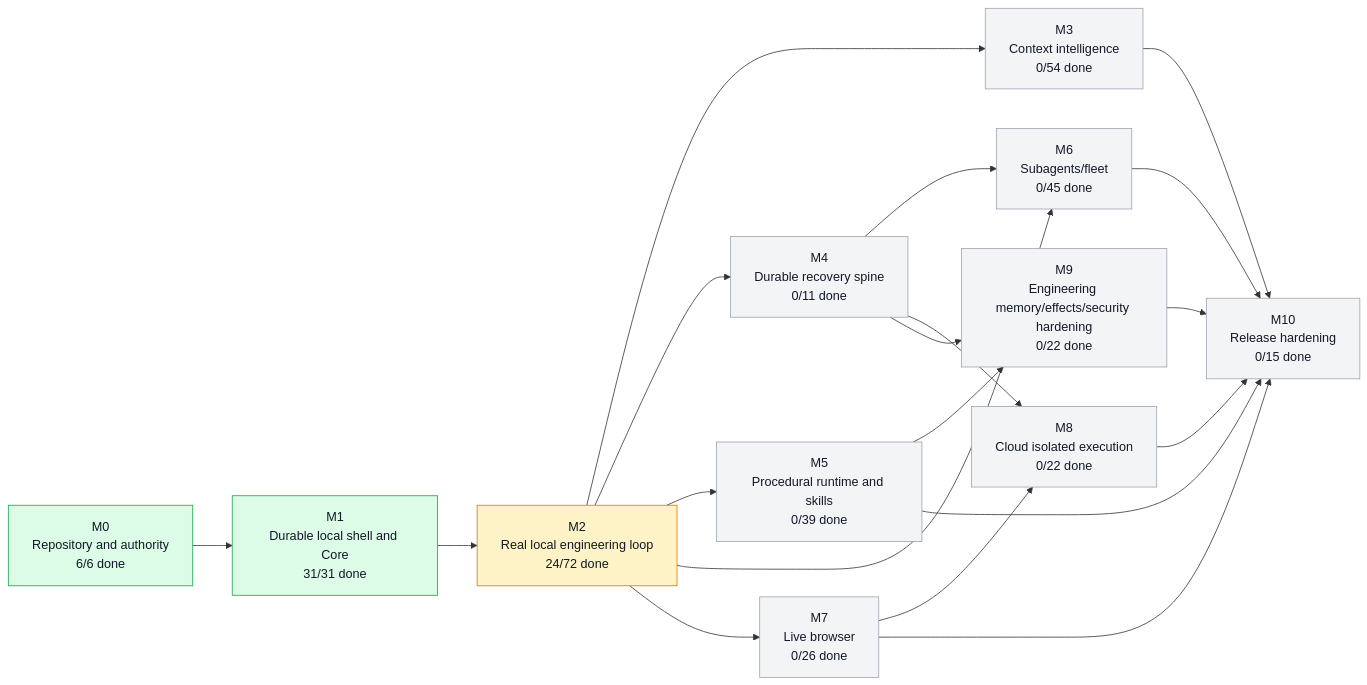
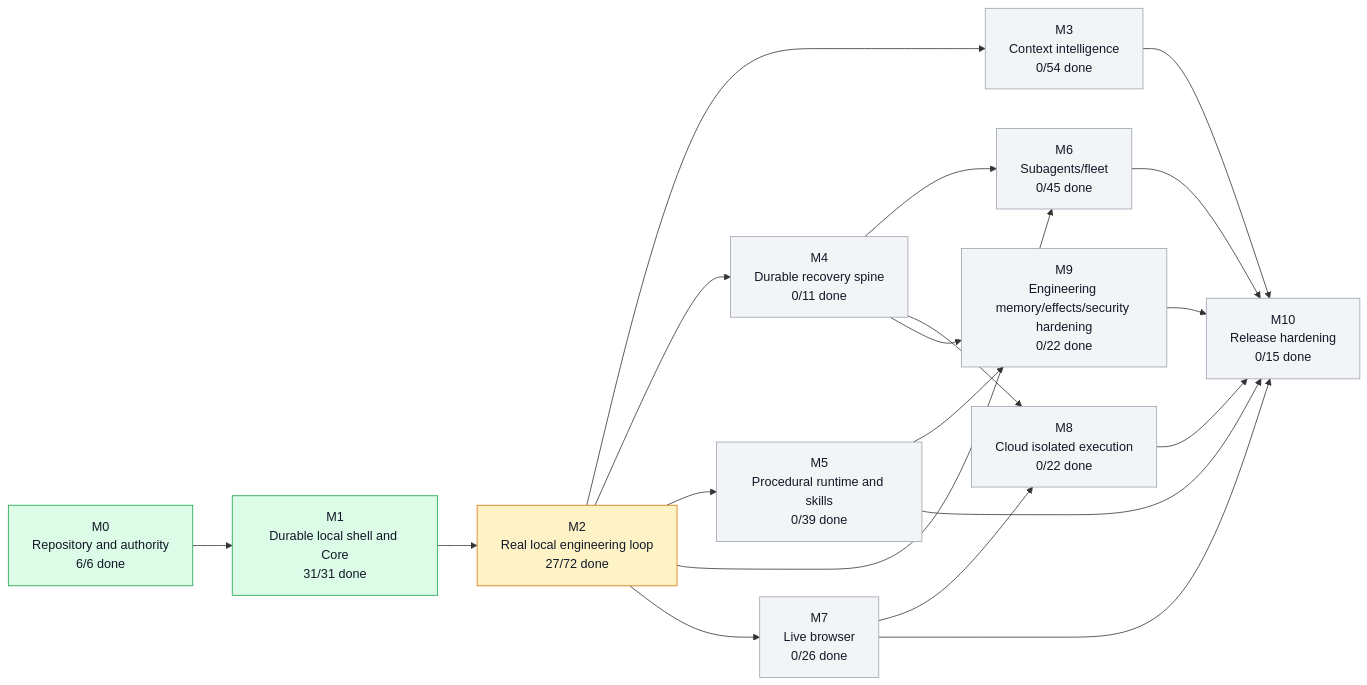
The first of 3 diagrams in graph/PROJECT_GRAPH.md (moss101/zmodbit), drawn with Mermaid before and after one commit. The commit also changed other lines of this file and 3 other files, not shown here.

````diff
--- a/graph/PROJECT_GRAPH.md
+++ b/graph/PROJECT_GRAPH.md
@@ -43,43 +43,43 @@
 ```mermaid
 flowchart LR
   M0["M0<br/>Repository and authority<br/>6/6 done"]
   M1["M1<br/>Durable local shell and Core<br/>31/31 done"]
-  M2["M2<br/>Real local engineering loop<br/>24/72 done"]
+  M2["M2<br/>Real local engineering loop<br/>27/72 done"]
   M3["M3<br/>Context intelligence<br/>0/54 done"]
   M4["M4<br/>Durable recovery spine<br/>0/11 done"]
   M5["M5<br/>Procedural runtime and skills<br/>0/39 done"]
   M6["M6<br/>Subagents/fleet<br/>0/45 done"]
   M7["M7<br/>Live browser<br/>0/26 done"]
   M8["M8<br/>Cloud isolated execution<br/>0/22 done"]
   M9["M9<br/>Engineering memory/effects/security hardening<br/>0/22 done"]
   M10["M10<br/>Release hardening<br/>0/15 done"]
   M0 --> M1
   M1 --> M2
   M2 --> M3
   M2 --> M4
   M2 --> M5
   M2 --> M6
   M4 --> M6
   M2 --> M7
   M4 --> M8
   M7 --> M8
   M4 --> M9
   M5 --> M9
   M3 --> M10
   M5 --> M10
   M6 --> M10
   M7 --> M10
   M8 --> M10
   M9 --> M10
   style M0 fill:#dcfce7,stroke:#16a34a,color:#111827
   style M1 fill:#dcfce7,stroke:#16a34a,color:#111827
   style M2 fill:#fef3c7,stroke:#d97706,color:#111827
   style M3 fill:#f3f4f6,stroke:#9ca3af,color:#111827
   style M4 fill:#f3f4f6,stroke:#9ca3af,color:#111827
   style M5 fill:#f3f4f6,stroke:#9ca3af,color:#111827
   style M6 fill:#f3f4f6,stroke:#9ca3af,color:#111827
   style M7 fill:#f3f4f6,stroke:#9ca3af,color:#111827
   style M8 fill:#f3f4f6,stroke:#9ca3af,color:#111827
   style M9 fill:#f3f4f6,stroke:#9ca3af,color:#111827
   style M10 fill:#f3f4f6,stroke:#9ca3af,color:#111827
 ```
````
